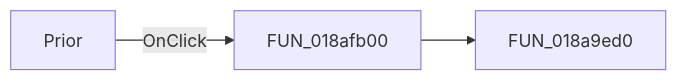
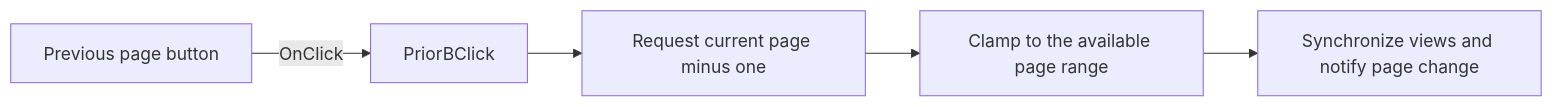
One commit to MovGP0/TIARA changed the diagram in docs/ui-controls/frxpreviewform/priorb-6f4581afda.md. Above: the diagram before and after it, drawn with Mermaid. The commit also changed other lines of this file and 387 other files, not shown here.

````diff
--- a/docs/ui-controls/frxpreviewform/priorb-6f4581afda.md
+++ b/docs/ui-controls/frxpreviewform/priorb-6f4581afda.md
@@ -27,5 +27,7 @@
 ```mermaid
 flowchart LR
-    control["Prior"] -->|OnClick| handler["FUN_018afb00"]
-    handler --> call1["FUN_018a9ed0"]
+    control["Previous page button"] -->|OnClick| handler["PriorBClick"]
+    handler --> request["Request current page minus one"]
+    request --> clamp["Clamp to the available page range"]
+    clamp --> notify["Synchronize views and notify page change"]
 ```
````
